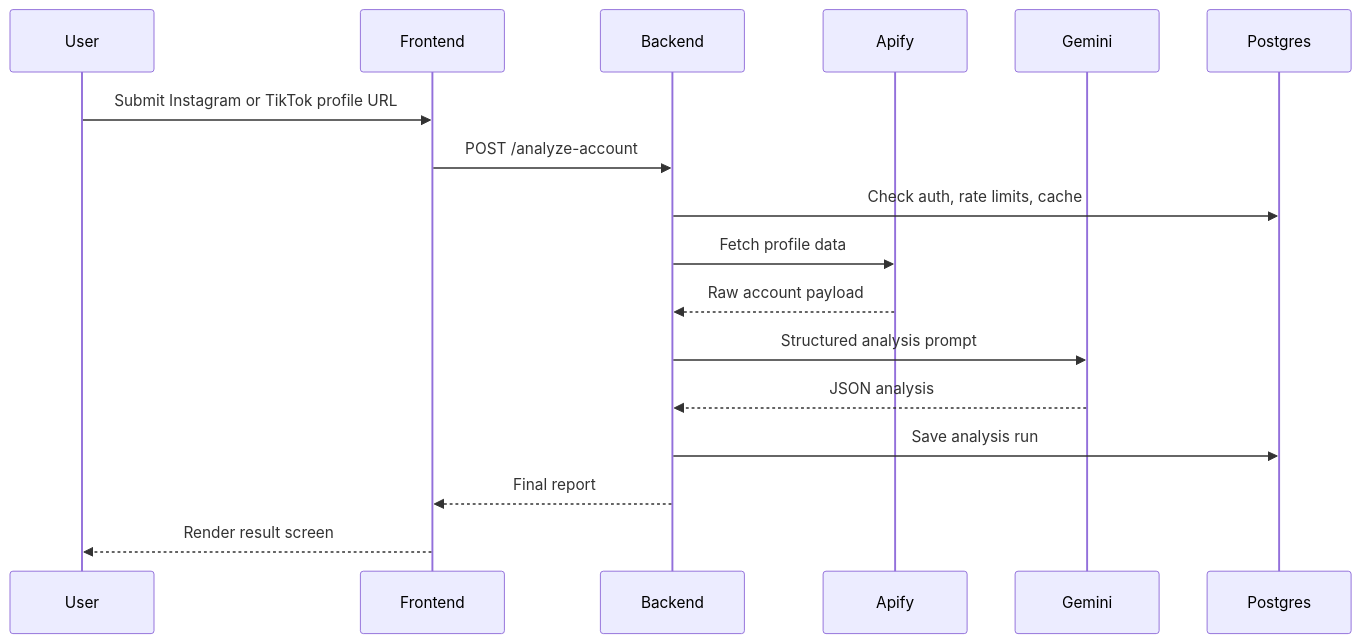
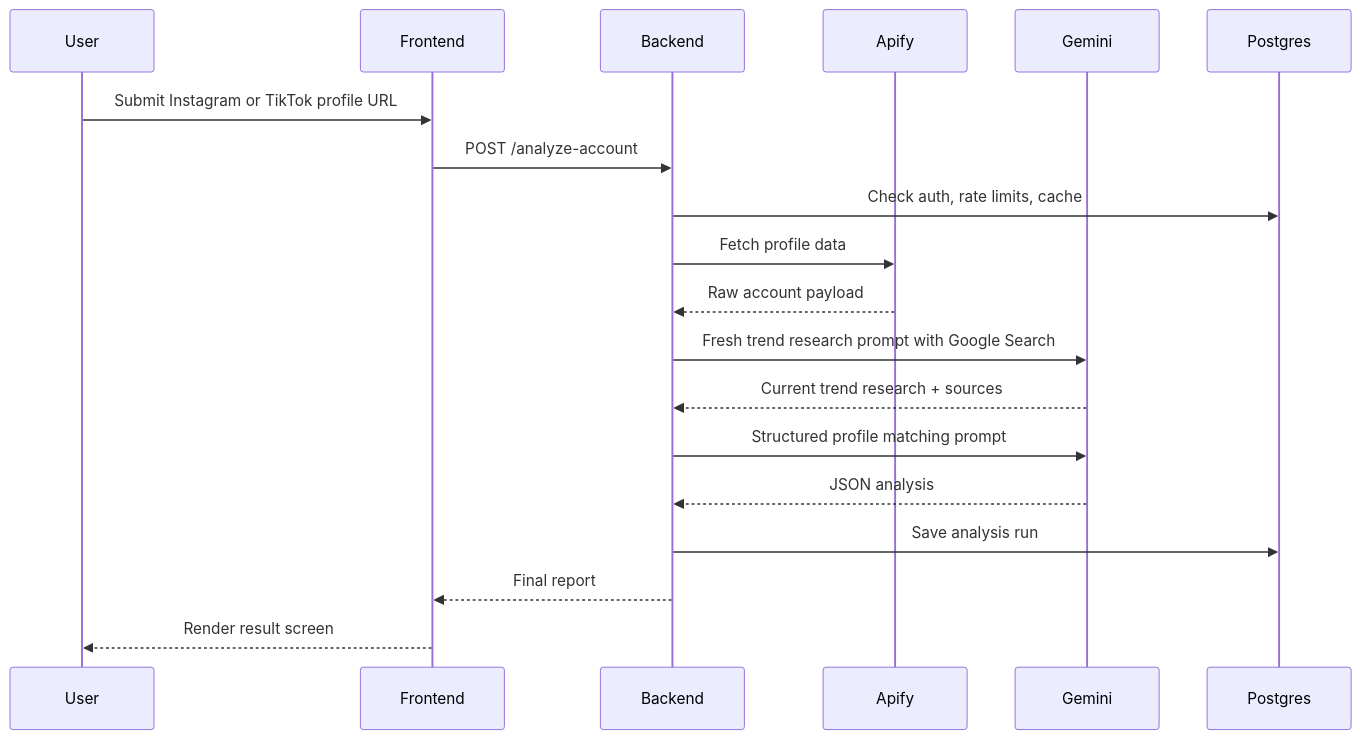
One commit to Qoziwe/Alignd changed the second of 3 diagrams in README.md. Above: the diagram before and after it, drawn with Mermaid. The commit also changed other lines of this file and 6 other files, not shown here.

````diff
--- a/README.md
+++ b/README.md
@@ -39,20 +40,22 @@
 ```mermaid
 sequenceDiagram
     participant User
     participant Frontend
     participant Backend
     participant Apify
     participant Gemini
     participant Postgres
 
     User->>Frontend: Submit Instagram or TikTok profile URL
     Frontend->>Backend: POST /analyze-account
     Backend->>Postgres: Check auth, rate limits, cache
     Backend->>Apify: Fetch profile data
     Apify-->>Backend: Raw account payload
-    Backend->>Gemini: Structured analysis prompt
+    Backend->>Gemini: Fresh trend research prompt with Google Search
+    Gemini-->>Backend: Current trend research + sources
+    Backend->>Gemini: Structured profile matching prompt
     Gemini-->>Backend: JSON analysis
     Backend->>Postgres: Save analysis run
     Backend-->>Frontend: Final report
     Frontend-->>User: Render result screen
 ```
````
